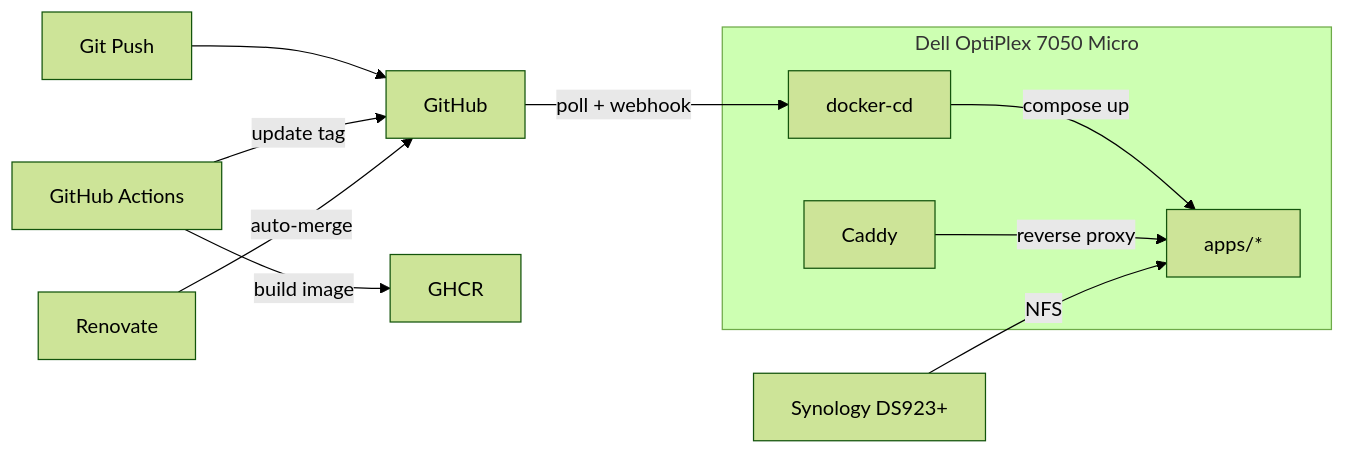
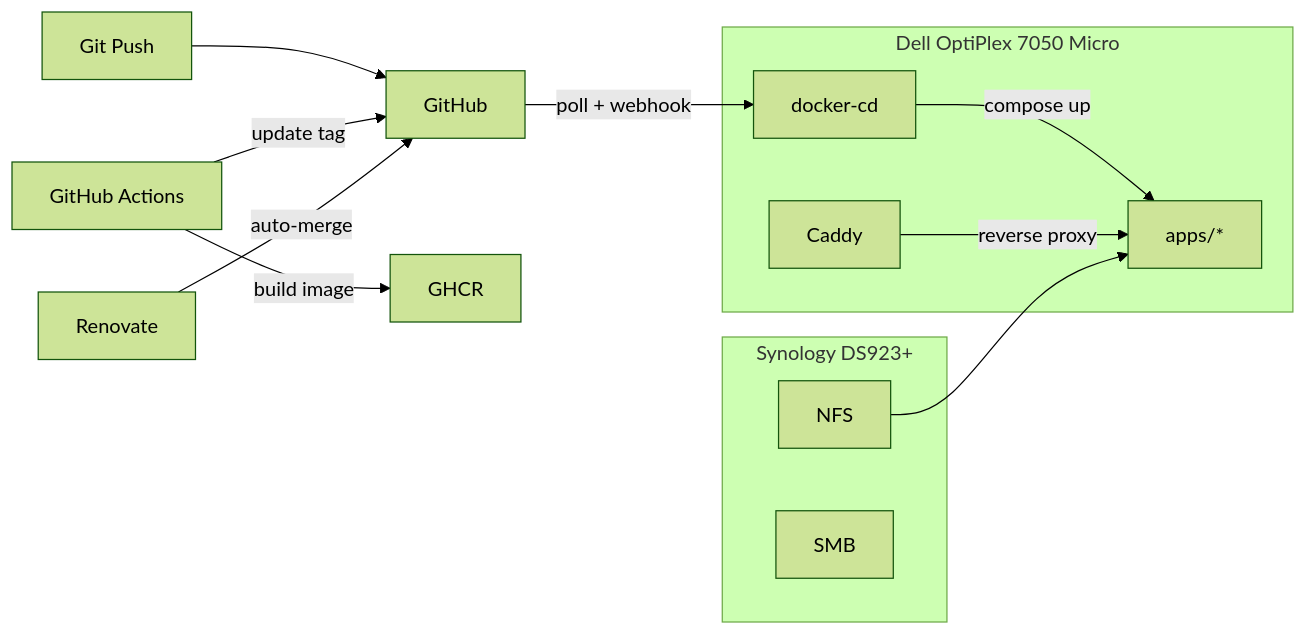
One commit to wajeht/home-ops changed the first of 2 diagrams in README.md. Above: the diagram before and after it, drawn with Mermaid (forest theme).

Commit message:
docs: improve architecture diagram in readme

````diff
--- a/README.md
+++ b/README.md
@@ -18,15 +18,20 @@
 ```mermaid
 flowchart LR
     git[Git Push] --> github[GitHub]
     actions[GitHub Actions] -->|build image| ghcr[GHCR]
     actions -->|update tag| github
     renovate[Renovate] -->|auto-merge| github
     github -->|poll + webhook| docker_cd
 
     subgraph dell[Dell OptiPlex 7050 Micro]
         docker_cd[docker-cd] -->|compose up| apps[apps/*]
         caddy[Caddy] -->|reverse proxy| apps
     end
 
-    nas[Synology DS923+] -->|NFS| apps
+    subgraph nas[Synology DS923+]
+        nfs[NFS]
+        smb[SMB]
+    end
+
+    nfs --> apps
 ```
````
